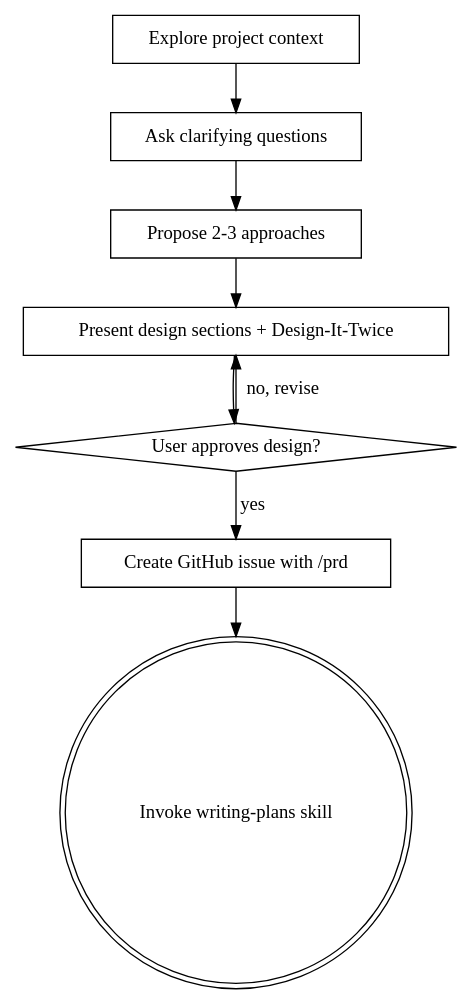
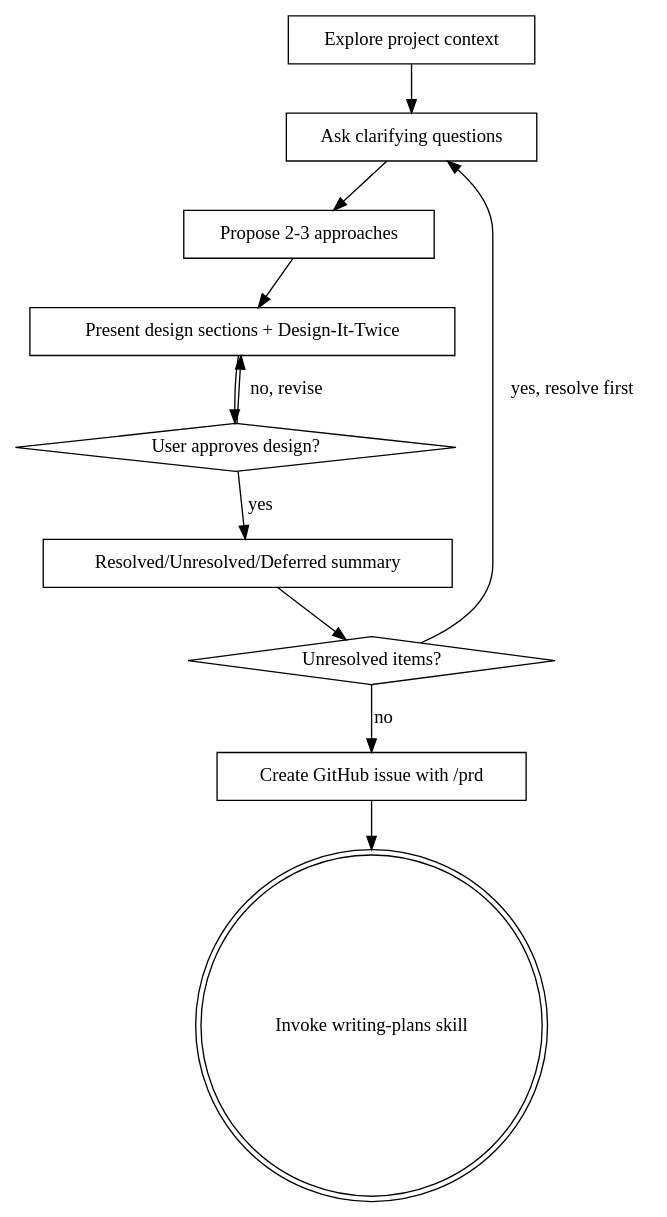
Before and after one commit to MatthieuGagne/gmb-nuke-raider: the diagram in .claude/skills/brainstorming/SKILL.md, drawn with Graphviz. The commit also changed other lines of this file and 1 other file, not shown here.

First line of the commit message:
feat: add resolved/unresolved/deferred summary to brainstorming and writing-plans skills

````diff
--- a/.claude/skills/brainstorming/SKILL.md
+++ b/.claude/skills/brainstorming/SKILL.md
@@ -51,19 +56,24 @@
 ```dot
 digraph brainstorming {
     "Explore project context" [shape=box];
     "Ask clarifying questions" [shape=box];
     "Propose 2-3 approaches" [shape=box];
     "Present design sections + Design-It-Twice" [shape=box];
     "User approves design?" [shape=diamond];
     "Create GitHub issue with /prd" [shape=box];
     "Invoke writing-plans skill" [shape=doublecircle];
 
     "Explore project context" -> "Ask clarifying questions";
     "Ask clarifying questions" -> "Propose 2-3 approaches";
     "Propose 2-3 approaches" -> "Present design sections + Design-It-Twice";
     "Present design sections + Design-It-Twice" -> "User approves design?";
     "User approves design?" -> "Present design sections + Design-It-Twice" [label="no, revise"];
-    "User approves design?" -> "Create GitHub issue with /prd" [label="yes"];
+    "User approves design?" -> "Resolved/Unresolved/Deferred summary" [label="yes"];
+    "Resolved/Unresolved/Deferred summary" [shape=box];
+    "Unresolved items?" [shape=diamond];
+    "Resolved/Unresolved/Deferred summary" -> "Unresolved items?";
+    "Unresolved items?" -> "Ask clarifying questions" [label="yes, resolve first"];
+    "Unresolved items?" -> "Create GitHub issue with /prd" [label="no"];
     "Create GitHub issue with /prd" -> "Invoke writing-plans skill";
 }
 ```
````
